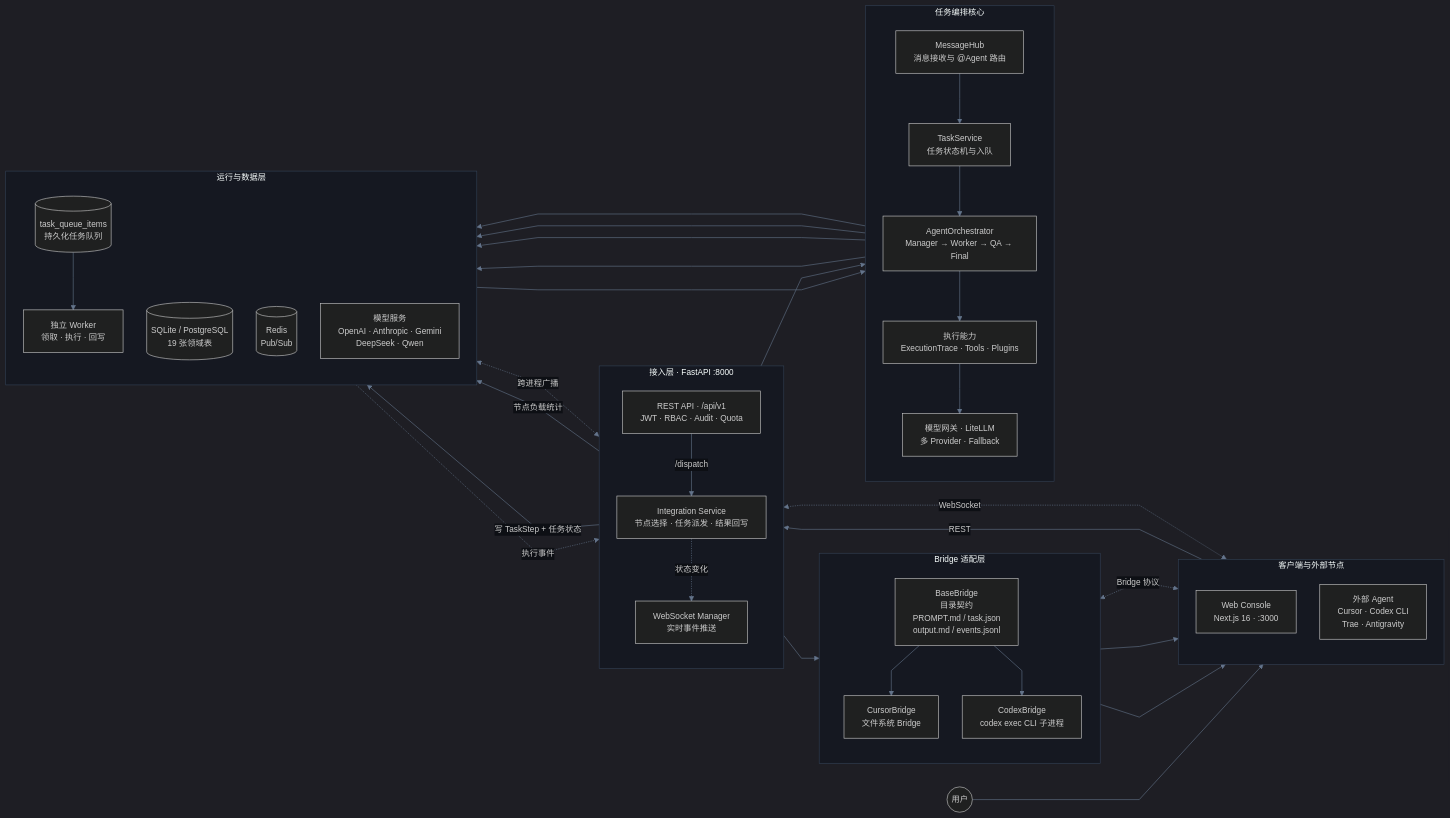
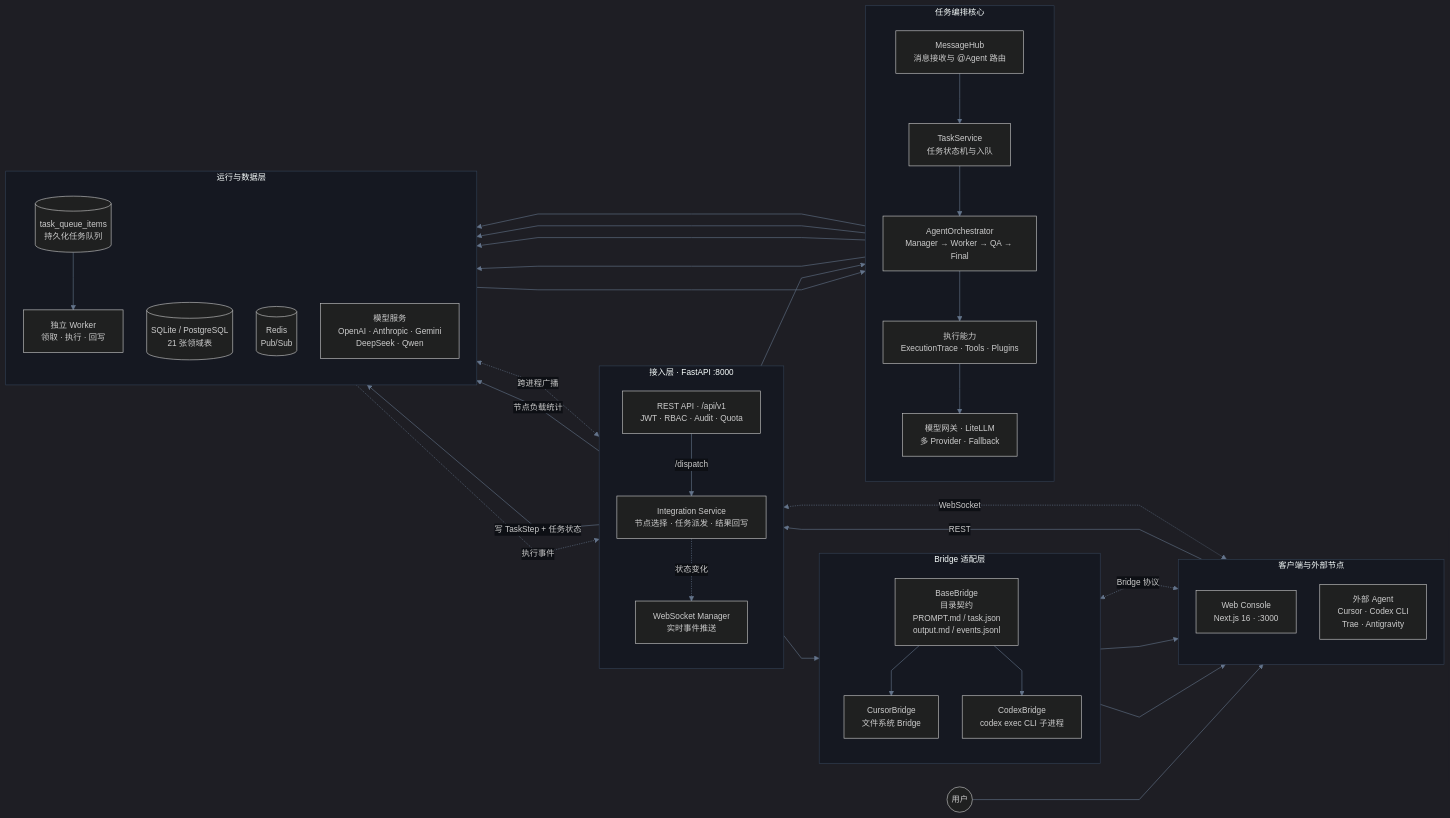
Before and after one commit to liwe123/Agent-Togterher: the first of 3 diagrams in README.md, drawn with Mermaid. The commit also changed other lines of this file and 10 other files, not shown here.

First line of the commit message:
docs: 纠偏文档与代码现状并补施工蓝图报告

````diff
--- a/README.md
+++ b/README.md
@@ -34,68 +34,68 @@
 ```mermaid
 %%{init: {'theme': 'dark', 'flowchart': {'nodeSpacing': 40, 'rankSpacing': 60, 'curve': 'linear'}, 'themeVariables': {'fontSize': '14px', 'background': '#0D0F14', 'primaryColor': '#1a1f2e', 'primaryBorderColor': '#3b82f6', 'primaryTextColor': '#e2e8f0', 'lineColor': '#64748b', 'secondaryColor': '#1e293b', 'tertiaryColor': '#0f172a', 'clusterBkg': '#151821', 'clusterBorder': '#334155', 'edgeLabelBackground': '#0D0F14', 'fontFamily': 'system-ui, -apple-system, sans-serif'}} }%%
 flowchart LR
     USER((用户))
 
     subgraph CLIENT["客户端与外部节点"]
         direction TB
         WEB["Web Console<br/>Next.js 16 · :3000"]
         AGENTS["外部 Agent<br/>Cursor · Codex CLI<br/>Trae · Antigravity"]
     end
 
     subgraph ACCESS["接入层 · FastAPI :8000"]
         direction TB
         REST["REST API · /api/v1<br/>JWT · RBAC · Audit · Quota"]
         WS["WebSocket Manager<br/>实时事件推送"]
         INT["Integration Service<br/>节点选择 · 任务派发 · 结果回写"]
     end
 
     subgraph BRIDGE_LAYER["Bridge 适配层"]
         direction TB
         BASE["BaseBridge<br/>目录契约<br/>PROMPT.md / task.json<br/>output.md / events.jsonl"]
         CURSOR["CursorBridge<br/>文件系统 Bridge"]
         CODEX["CodexBridge<br/>codex exec CLI 子进程"]
     end
 
     subgraph CORE["任务编排核心"]
         direction TB
         HUB["MessageHub<br/>消息接收与 @Agent 路由"]
         TASK["TaskService<br/>任务状态机与入队"]
         ORCH["AgentOrchestrator<br/>Manager → Worker → QA → Final"]
         EXEC["执行能力<br/>ExecutionTrace · Tools · Plugins"]
         LLM["模型网关 · LiteLLM<br/>多 Provider · Fallback"]
     end
 
     subgraph RUNTIME["运行与数据层"]
         direction TB
         WORKER["独立 Worker<br/>领取 · 执行 · 回写"]
         QUEUE[("task_queue_items<br/>持久化任务队列")]
-        DB[("SQLite / PostgreSQL<br/>19 张领域表")]
+        DB[("SQLite / PostgreSQL<br/>21 张领域表")]
         REDIS[("Redis<br/>Pub/Sub")]
         MODELS["模型服务<br/>OpenAI · Anthropic · Gemini<br/>DeepSeek · Qwen"]
     end
 
     USER --> WEB
     WEB -->|REST| REST
     WEB <-.->|WebSocket| WS
     AGENTS <-.->|Bridge 协议| BRIDGE_LAYER
 
     REST --> HUB --> TASK --> ORCH
     REST -->|/dispatch| INT --> BASE
     INT -->|写 TaskStep + 任务状态| DB
     INT -->|节点负载统计| DB
     BASE --> CURSOR
     BASE --> CODEX
     CURSOR --> AGENTS
     CODEX --> AGENTS
     ORCH --> EXEC --> LLM --> MODELS
 
     TASK --> QUEUE
     QUEUE --> WORKER
     WORKER --> ORCH
     WORKER -.->|执行事件| WS
     INT -.->|状态变化| WS
 
     HUB --> DB
     ORCH --> DB
     WS <-.->|跨进程广播| REDIS
 ```
````
